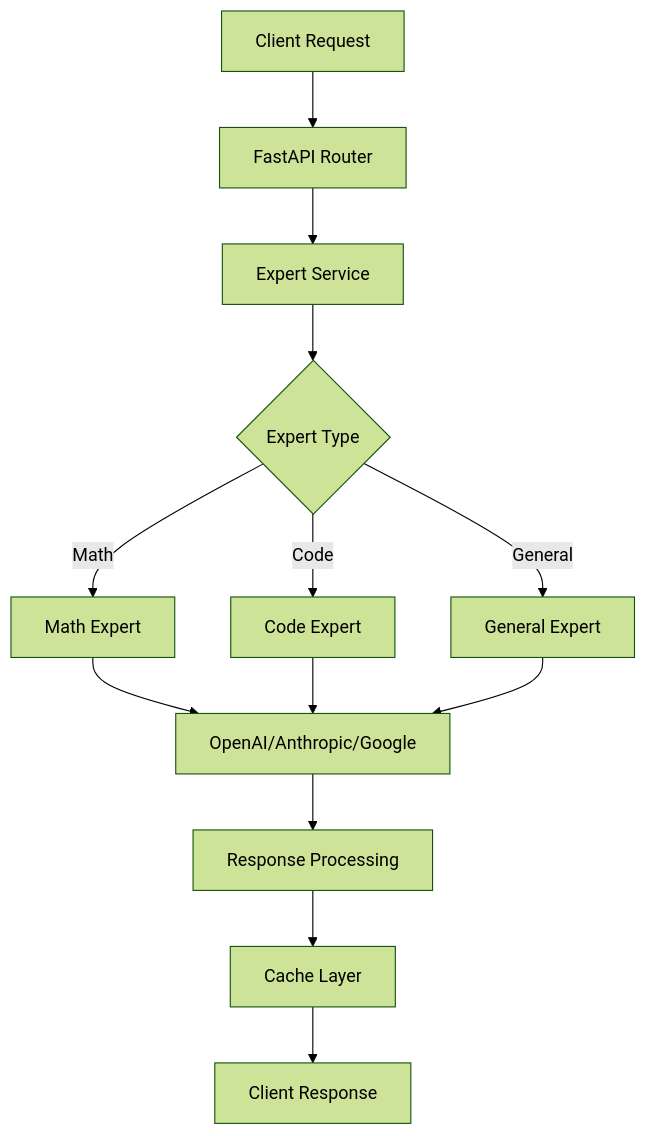
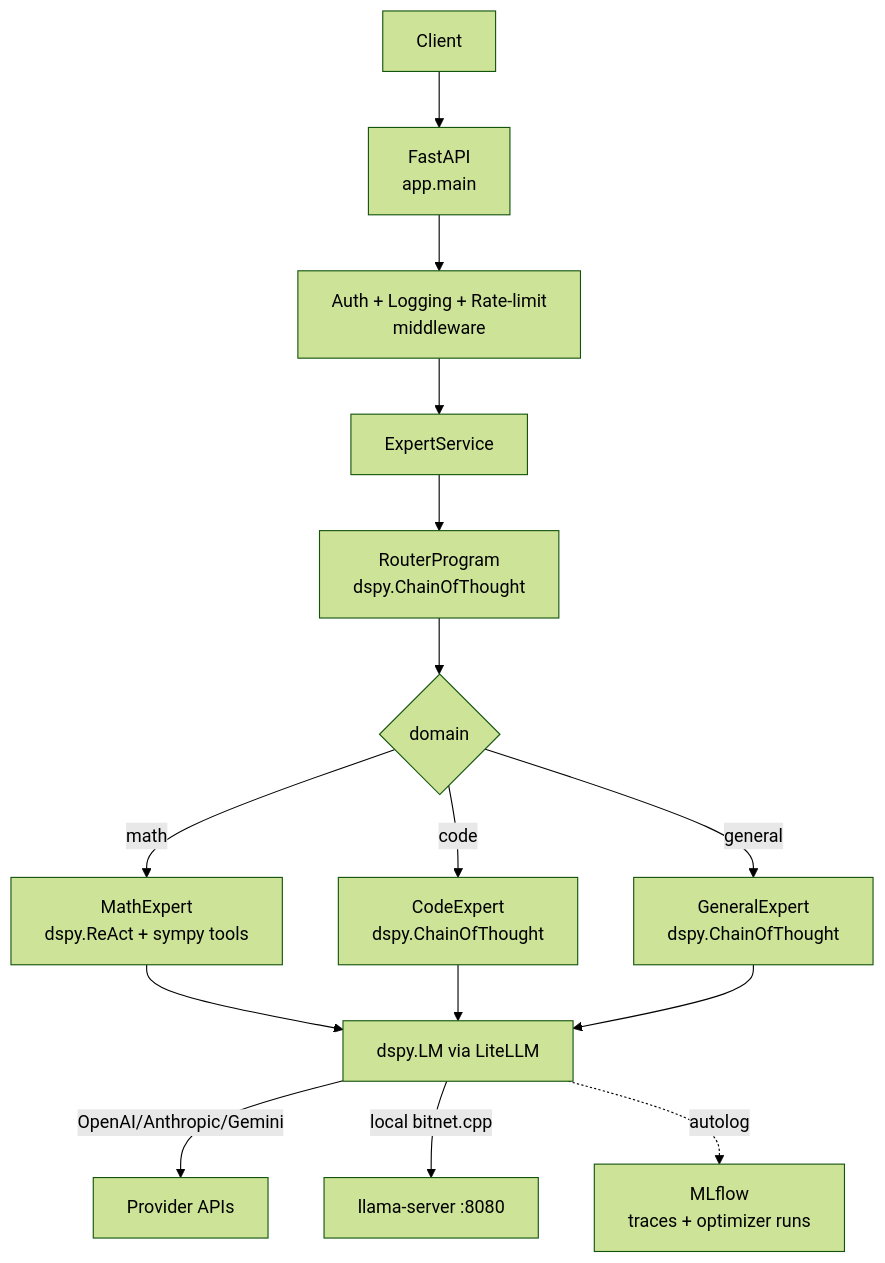
One commit to OtotaO/bitnet-sme-expert changed the diagram in README.md. Above: the diagram before and after it, drawn with Mermaid (forest theme). The commit also changed other lines of this file and 58 other files, not shown here.

````diff
--- a/README.md
+++ b/README.md
@@ -50,15 +42,17 @@
 ```mermaid
 graph TB
-    A[Client Request] --> B[FastAPI Router]
-    B --> C[Expert Service]
-    C --> D{Expert Type}
-    D -->|Math| E[Math Expert]
-    D -->|Code| F[Code Expert]
-    D -->|General| G[General Expert]
-    E --> H[OpenAI/Anthropic/Google]
-    F --> H
-    G --> H
-    H --> I[Response Processing]
-    I --> J[Cache Layer]
-    J --> K[Client Response]
+    A[Client] --> B[FastAPI<br/>app.main]
+    B --> C[Auth + Logging + Rate-limit<br/>middleware]
+    C --> D[ExpertService]
+    D --> E[RouterProgram<br/>dspy.ChainOfThought]
+    E --> F{domain}
+    F -->|math| G[MathExpert<br/>dspy.ReAct + sympy tools]
+    F -->|code| H[CodeExpert<br/>dspy.ChainOfThought]
+    F -->|general| I[GeneralExpert<br/>dspy.ChainOfThought]
+    G --> J[dspy.LM via LiteLLM]
+    H --> J
+    I --> J
+    J -->|OpenAI/Anthropic/Gemini| K[Provider APIs]
+    J -->|local bitnet.cpp| L[llama-server :8080]
+    J -.->|autolog| M[MLflow<br/>traces + optimizer runs]
 ```
````
